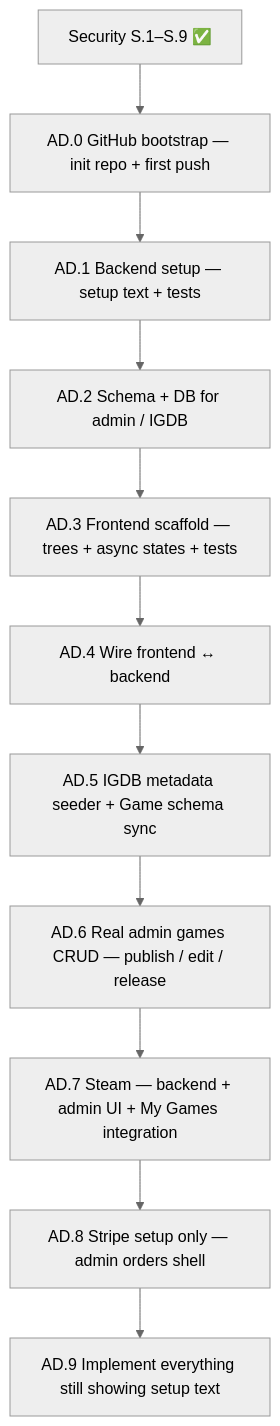
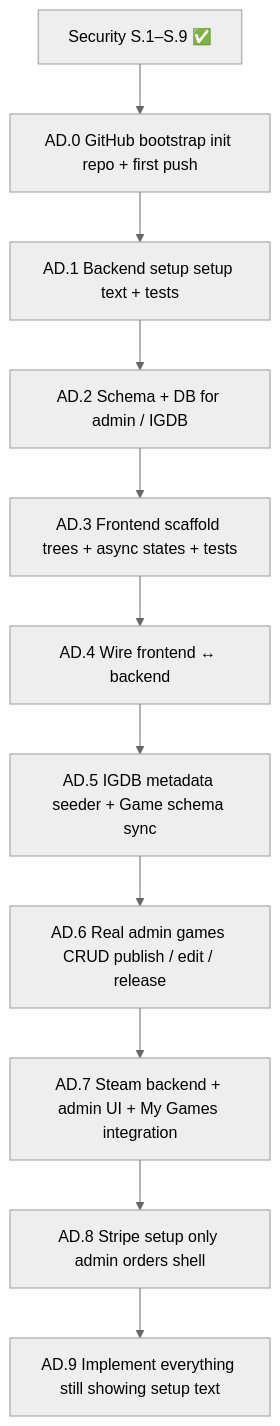
One commit to AHMED9937/GameStore changed the diagram in AppImplemntionPlan/AdmiImplementionPlan/ADMIN_PLAN.md. Above: the diagram before and after it, drawn with Mermaid (neutral theme). The commit also changed other lines of this file and 509 other files, not shown here.

````diff
--- a/AppImplemntionPlan/AdmiImplementionPlan/ADMIN_PLAN.md
+++ b/AppImplemntionPlan/AdmiImplementionPlan/ADMIN_PLAN.md
@@ -34,15 +34,15 @@
 ```mermaid
 flowchart TD
-  AD0[AD.0 GitHub bootstrap — init repo + first push]
-  AD1[AD.1 Backend setup — setup text + tests]
+  AD0[AD.0 GitHub bootstrap init repo + first push]
+  AD1[AD.1 Backend setup setup text + tests]
   AD2[AD.2 Schema + DB for admin / IGDB]
-  AD3[AD.3 Frontend scaffold — trees + async states + tests]
+  AD3[AD.3 Frontend scaffold trees + async states + tests]
   AD4[AD.4 Wire frontend ↔ backend]
   AD5[AD.5 IGDB metadata seeder + Game schema sync]
-  AD6[AD.6 Real admin games CRUD — publish / edit / release]
-  AD7[AD.7 Steam — backend + admin UI + My Games integration]
-  AD8[AD.8 Stripe setup only — admin orders shell]
+  AD6[AD.6 Real admin games CRUD publish / edit / release]
+  AD7[AD.7 Steam backend + admin UI + My Games integration]
+  AD8[AD.8 Stripe setup only admin orders shell]
   AD9[AD.9 Implement everything still showing setup text]
   SEC[Security S.1–S.9 ✅]
   SEC --> AD0 --> AD1 --> AD2 --> AD3 --> AD4 --> AD5 --> AD6 --> AD7 --> AD8 --> AD9
 ```
````
